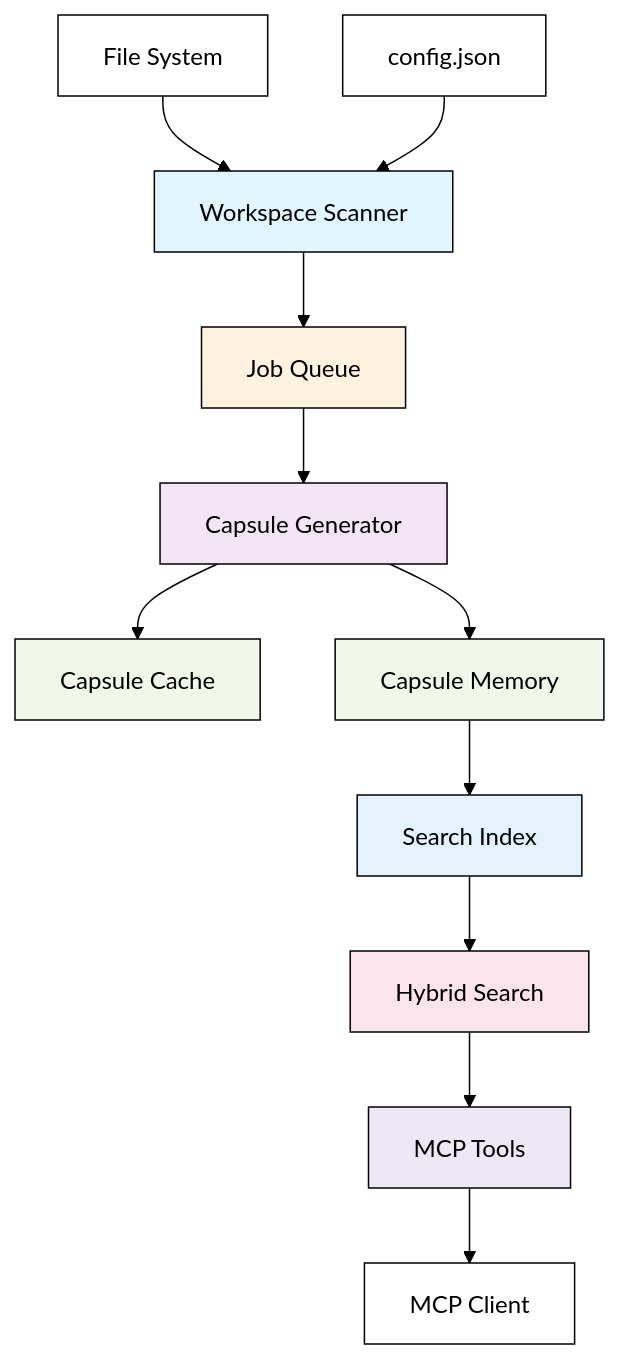
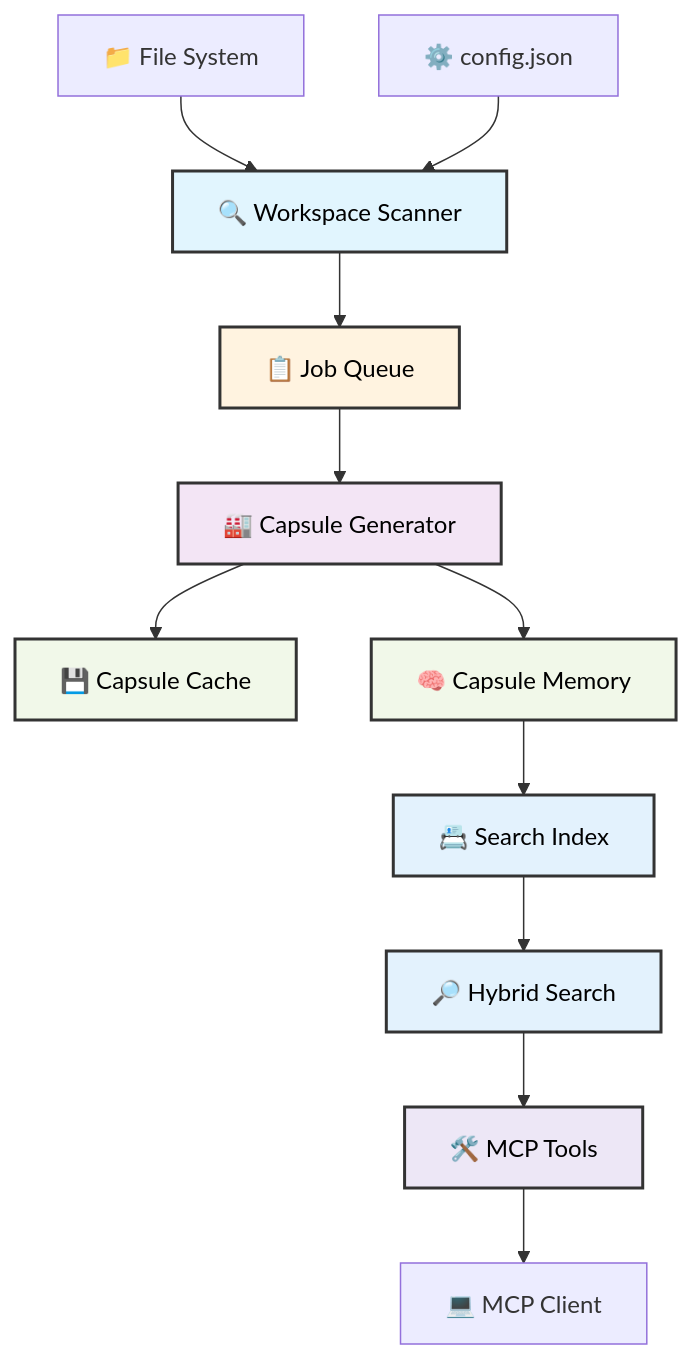
The first of 4 diagrams in WORKFLOW_AND_TOOLS.md (atifshafi/workspace-mcp), drawn with Mermaid before and after one commit. The commit also changed other lines of this file and 1 other file, not shown here.

First line of the commit message:
🔧 Fix Mermaid diagrams for GitHub compatibility

````diff
--- a/WORKFLOW_AND_TOOLS.md
+++ b/WORKFLOW_AND_TOOLS.md
@@ -7,35 +7,39 @@
 ```mermaid
-%%{init: {"theme": "base", "themeVariables": {"primaryColor": "#ffffff", "primaryTextColor": "#000000", "primaryBorderColor": "#000000", "lineColor": "#000000", "background": "#ffffff"}} }%%
 graph TB
-  A[File System]
-  B[Workspace Scanner]
-  C[config.json]
-  D[Job Queue]
-  E[Capsule Generator]
-  F[Capsule Cache]
-  G[Capsule Memory]
-  H[Search Index]
-  I[Hybrid Search]
-  J[MCP Tools]
-  K[MCP Client]
+    FileSystem["📁 File System"]
+    Scanner["🔍 Workspace Scanner"]
+    Config["⚙️ config.json"]
+    Queue["📋 Job Queue"]
+    Generator["🏭 Capsule Generator"]
+    Cache["💾 Capsule Cache"]
+    Memory["🧠 Capsule Memory"]
+    Index["📇 Search Index"]
+    Search["🔎 Hybrid Search"]
+    Tools["🛠️ MCP Tools"]
+    Client["💻 MCP Client"]
 
-  A --> B
-  C --> B
-  B --> D
-  D --> E
-  E --> F
-  E --> G
-  G --> H
-  H --> I
-  I --> J
-  J --> K
+    FileSystem --> Scanner
+    Config --> Scanner
+    Scanner --> Queue
+    Queue --> Generator
+    Generator --> Cache
+    Generator --> Memory
+    Memory --> Index
+    Index --> Search
+    Search --> Tools
+    Tools --> Client
 
-  style B fill:#e1f5fe,color:#000,stroke:#000
-  style D fill:#fff3e0,color:#000,stroke:#000
-  style E fill:#f3e5f5,color:#000,stroke:#000
-  style F fill:#f1f8e9,color:#000,stroke:#000
-  style G fill:#f1f8e9,color:#000,stroke:#000
-  style H fill:#e3f2fd,color:#000,stroke:#000
-  style I fill:#fce4ec,color:#000,stroke:#000
-  style J fill:#ede7f6,color:#000,stroke:#000
+    classDef scanner fill:#e1f5fe,stroke:#333,stroke-width:2px,color:#000
+    classDef queue fill:#fff3e0,stroke:#333,stroke-width:2px,color:#000
+    classDef generator fill:#f3e5f5,stroke:#333,stroke-width:2px,color:#000
+    classDef storage fill:#f1f8e9,stroke:#333,stroke-width:2px,color:#000
+    classDef search fill:#e3f2fd,stroke:#333,stroke-width:2px,color:#000
+    classDef tools fill:#ede7f6,stroke:#333,stroke-width:2px,color:#000
+
+    class Scanner scanner
+    class Queue queue
+    class Generator generator
+    class Cache,Memory storage
+    class Index,Search search
+    class Tools tools
 ```
````
